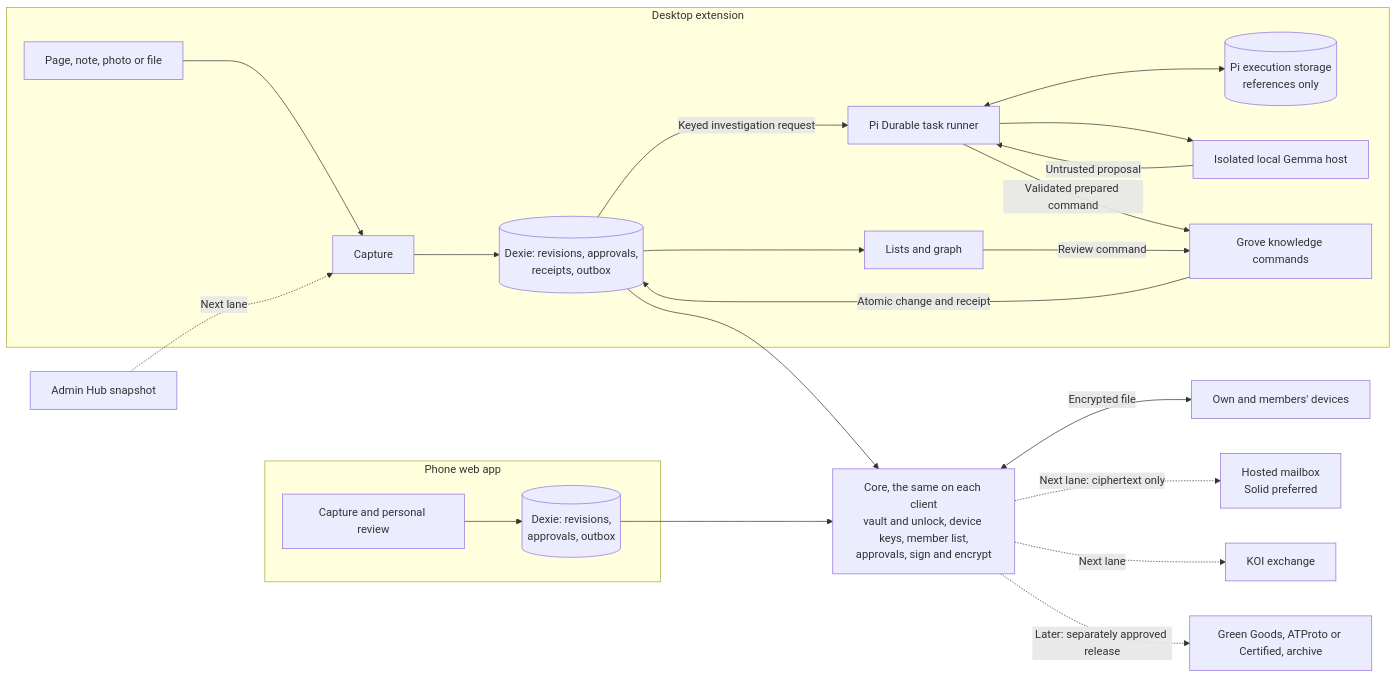
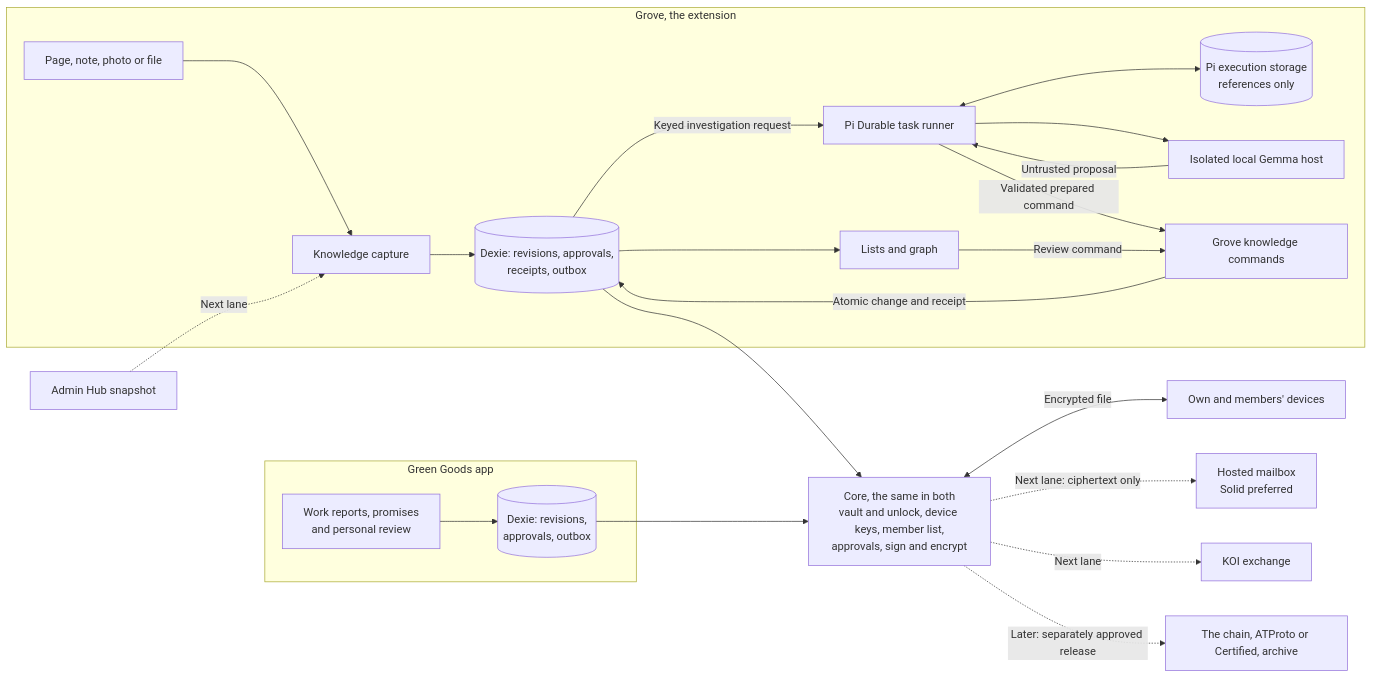
The diagram in .plans/ideas/grove/spec.md (greenpill-dev-guild/green-goods), drawn with Mermaid before and after one commit. The commit also changed other lines of this file and 16 other files, not shown here.

First line of the commit message:
docs(plans): reframe the hub as Green Goods working fully locally

````diff
--- a/.plans/ideas/grove/spec.md
+++ b/.plans/ideas/grove/spec.md
@@ -183,26 +218,26 @@
 ```mermaid
 flowchart LR
-  subgraph PHONE["Phone web app"]
-    PCap["Capture and personal review"] --> PDB[("Dexie: revisions,<br/>approvals, outbox")]
+  subgraph PHONE["Green Goods app"]
+    PCap["Work reports, promises<br/>and personal review"] --> PDB[("Dexie: revisions,<br/>approvals, outbox")]
   end
-  subgraph LAPTOP["Desktop extension"]
-    Page["Page, note, photo or file"] --> Cap["Capture"]
+  subgraph LAPTOP["Grove, the extension"]
+    Page["Page, note, photo or file"] --> Cap["Knowledge capture"]
     Cap --> DB[("Dexie: revisions, approvals,<br/>receipts, outbox")]
     DB -->|"Keyed investigation request"| Runner["Pi Durable task runner"]
     Runner <--> PS[("Pi execution storage<br/>references only")]
     Runner --> Model["Isolated local Gemma host"]
     Model -->|"Untrusted proposal"| Runner
     Runner -->|"Validated prepared command"| Cmd["Grove knowledge commands"]
     Cmd -->|"Atomic change and receipt"| DB
     DB --> Views["Lists and graph"]
     Views -->|"Review command"| Cmd
   end
-  Core["Core, the same on each client<br/>vault and unlock, device keys, member list,<br/>approvals, sign and encrypt"]
+  Core["Core, the same in both<br/>vault and unlock, device keys, member list,<br/>approvals, sign and encrypt"]
   PDB --> Core
   DB --> Core
   Core <-->|"Encrypted file"| Peers["Own and members' devices"]
   Core -.->|"Next lane: ciphertext only"| Store["Hosted mailbox<br/>Solid preferred"]
   Hub["Admin Hub snapshot"] -.->|"Next lane"| Cap
   Core -.->|"Next lane"| KOI["KOI exchange"]
-  Core -.->|"Later: separately approved release"| Public["Green Goods, ATProto or Certified, archive"]
+  Core -.->|"Later: separately approved release"| Public["The chain, ATProto or Certified, archive"]
 ```
````
